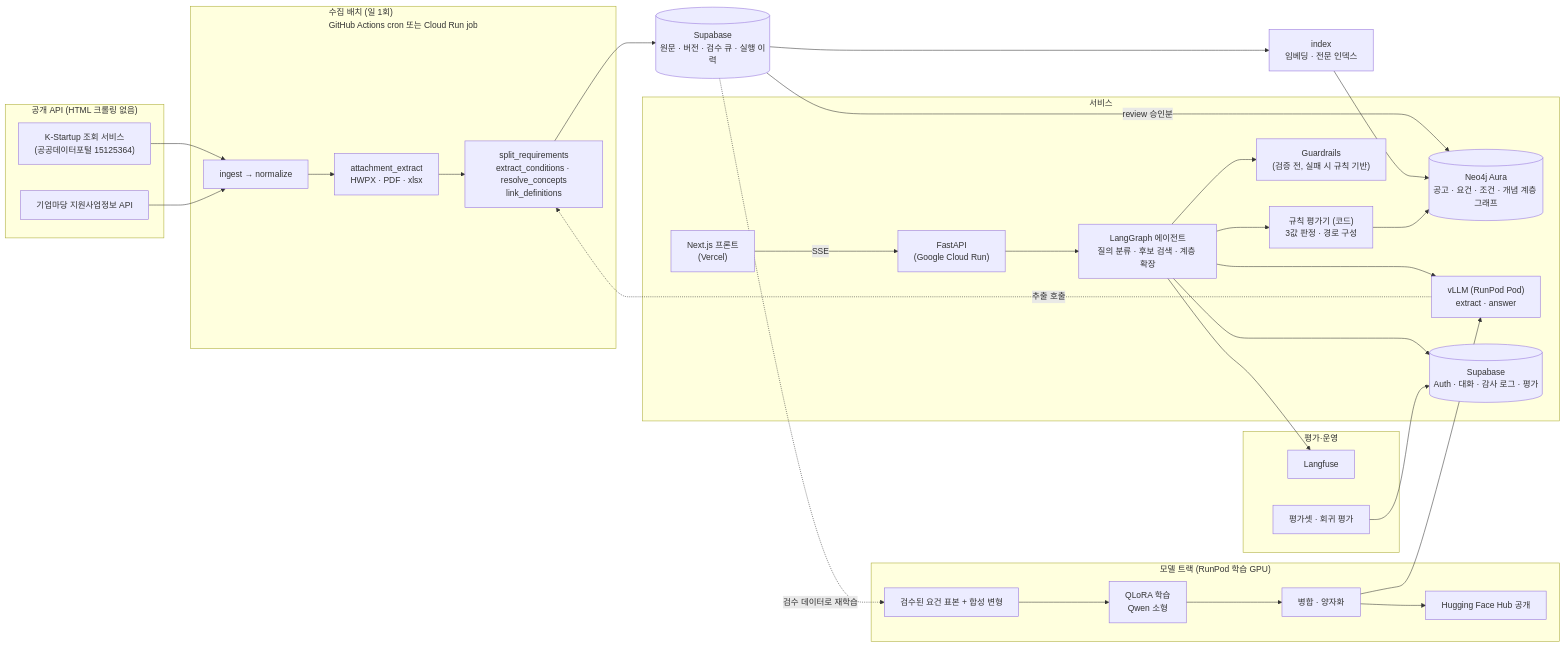
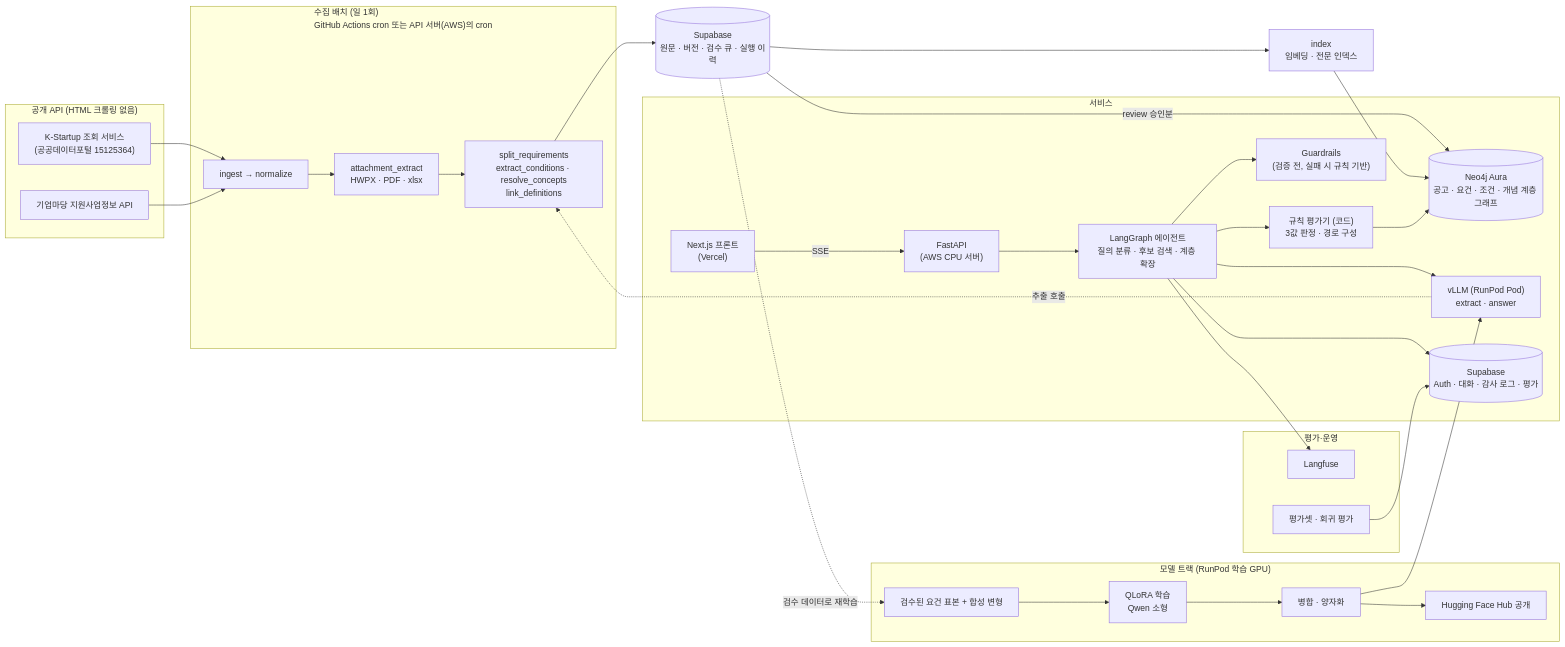
Before and after one commit to encore-ai-campus/mle-01-final-team2: the first of 2 diagrams in docs/MLE_2팀_기초 설계.md, drawn with Mermaid. The commit also changed other lines of this file and 4 other files, not shown here.

First line of the commit message:
docs: API 호스팅을 Cloud Run에서 AWS CPU 서버로 변경 반영

````diff
--- a/docs/MLE_2팀_기초 설계.md
+++ b/docs/MLE_2팀_기초 설계.md
@@ -238,38 +238,38 @@
 ```mermaid
 flowchart LR
   subgraph SRC["공개 API (HTML 크롤링 없음)"]
     K["K-Startup 조회 서비스<br/>(공공데이터포털 15125364)"]
     BZ["기업마당 지원사업정보 API"]
   end
-  subgraph BATCH["수집 배치 (일 1회)<br/>GitHub Actions cron 또는 Cloud Run job"]
+  subgraph BATCH["수집 배치 (일 1회)<br/>GitHub Actions cron 또는 API 서버(AWS)의 cron"]
     I["ingest → normalize"] --> AE["attachment_extract<br/>HWPX · PDF · xlsx"]
     AE --> SR["split_requirements<br/>extract_conditions · resolve_concepts<br/>link_definitions"]
   end
   K --> I
   BZ --> I
   subgraph TRAIN["모델 트랙 (RunPod 학습 GPU)"]
     D["검수된 요건 표본 + 합성 변형"] --> Q["QLoRA 학습<br/>Qwen 소형"]
     Q --> Z["병합 · 양자화"]
     Z --> HUB["Hugging Face Hub 공개"]
   end
   SR --> E[("Supabase<br/>원문 · 버전 · 검수 큐 · 실행 이력")]
   E -->|"review 승인분"| N[("Neo4j Aura<br/>공고 · 요건 · 조건 · 개념 계층 그래프")]
   E --> X["index<br/>임베딩 · 전문 인덱스"]
   X --> N
   subgraph SERVE["서비스"]
-    U["Next.js 프론트<br/>(Vercel)"] -->|SSE| API["FastAPI<br/>(Google Cloud Run)"]
+    U["Next.js 프론트<br/>(Vercel)"] -->|SSE| API["FastAPI<br/>(AWS CPU 서버)"]
     API --> S["LangGraph 에이전트<br/>질의 분류 · 후보 검색 · 계층 확장"]
     S --> RE["규칙 평가기 (코드)<br/>3값 판정 · 경로 구성"]
     RE --> N
     S --> L["vLLM (RunPod Pod)<br/>extract · answer"]
     S --> E2[("Supabase<br/>Auth · 대화 · 감사 로그 · 평가")]
     S --> V["Guardrails<br/>(검증 전, 실패 시 규칙 기반)"]
   end
   Z --> L
   L -.추출 호출.-> SR
   E -.검수 데이터로 재학습.-> D
   subgraph OPS["평가·운영"]
     S --> W["Langfuse"]
     EV["평가셋 · 회귀 평가"] --> E2
   end
 ```
````
